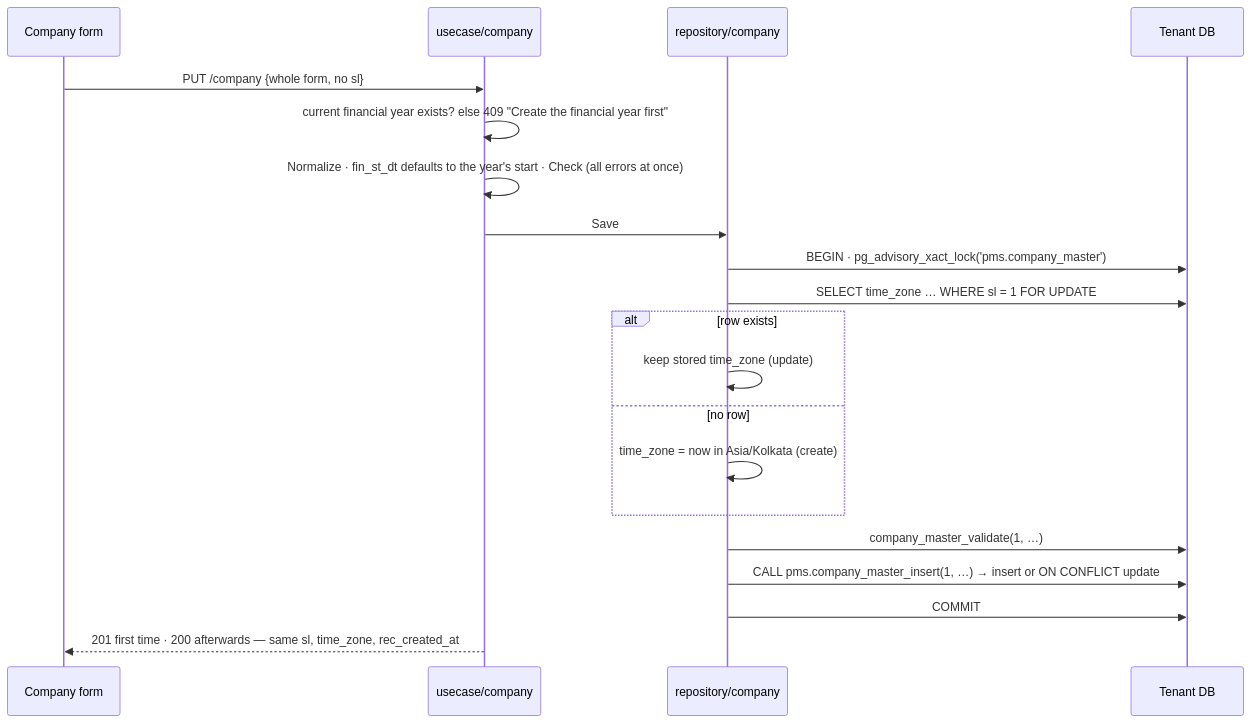
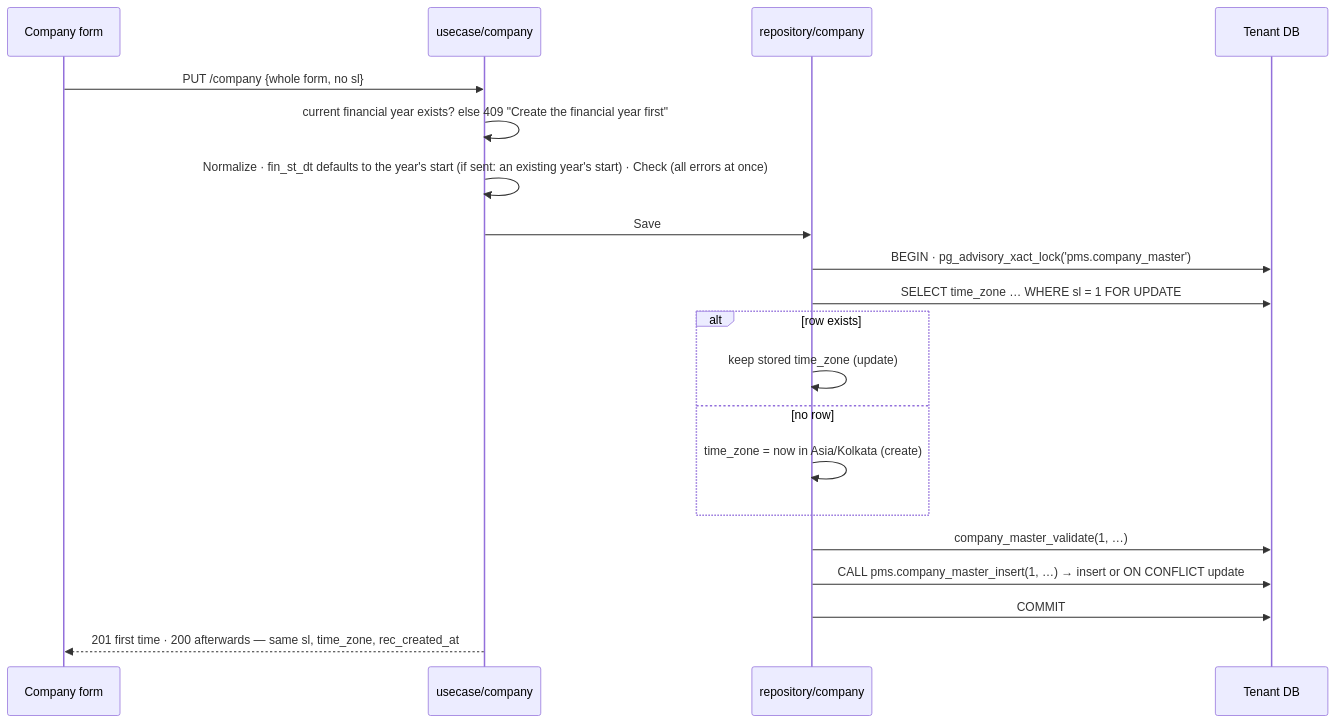
Before and after one commit to utkarshk014/procurement-system-be: the eighth of 11 diagrams in docs/FLOWS.md, drawn with Mermaid. The commit also changed other lines of this file and 55 other files, not shown here.

````diff
--- a/docs/FLOWS.md
+++ b/docs/FLOWS.md
@@ -147,22 +173,22 @@
 ```mermaid
 sequenceDiagram
     participant FE as Company form
     participant UC as usecase/company
     participant R as repository/company
     participant T as Tenant DB
     FE->>UC: PUT /company {whole form, no sl}
     UC->>UC: current financial year exists? else 409 "Create the financial year first"
-    UC->>UC: Normalize · fin_st_dt defaults to the year's start · Check (all errors at once)
+    UC->>UC: Normalize · fin_st_dt defaults to the year's start (if sent: an existing year's start) · Check (all errors at once)
     UC->>R: Save
     R->>T: BEGIN · pg_advisory_xact_lock('pms.company_master')
     R->>T: SELECT time_zone … WHERE sl = 1 FOR UPDATE
     alt row exists
         R->>R: keep stored time_zone (update)
     else no row
         R->>R: time_zone = now in Asia/Kolkata (create)
     end
     R->>T: company_master_validate(1, …)
     R->>T: CALL pms.company_master_insert(1, …)  → insert or ON CONFLICT update
     R->>T: COMMIT
     UC-->>FE: 201 first time · 200 afterwards — same sl, time_zone, rec_created_at
 ```
````
